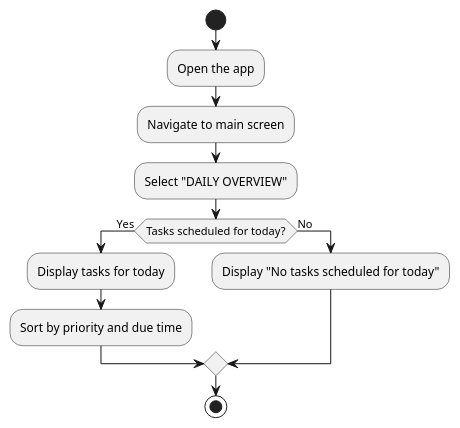
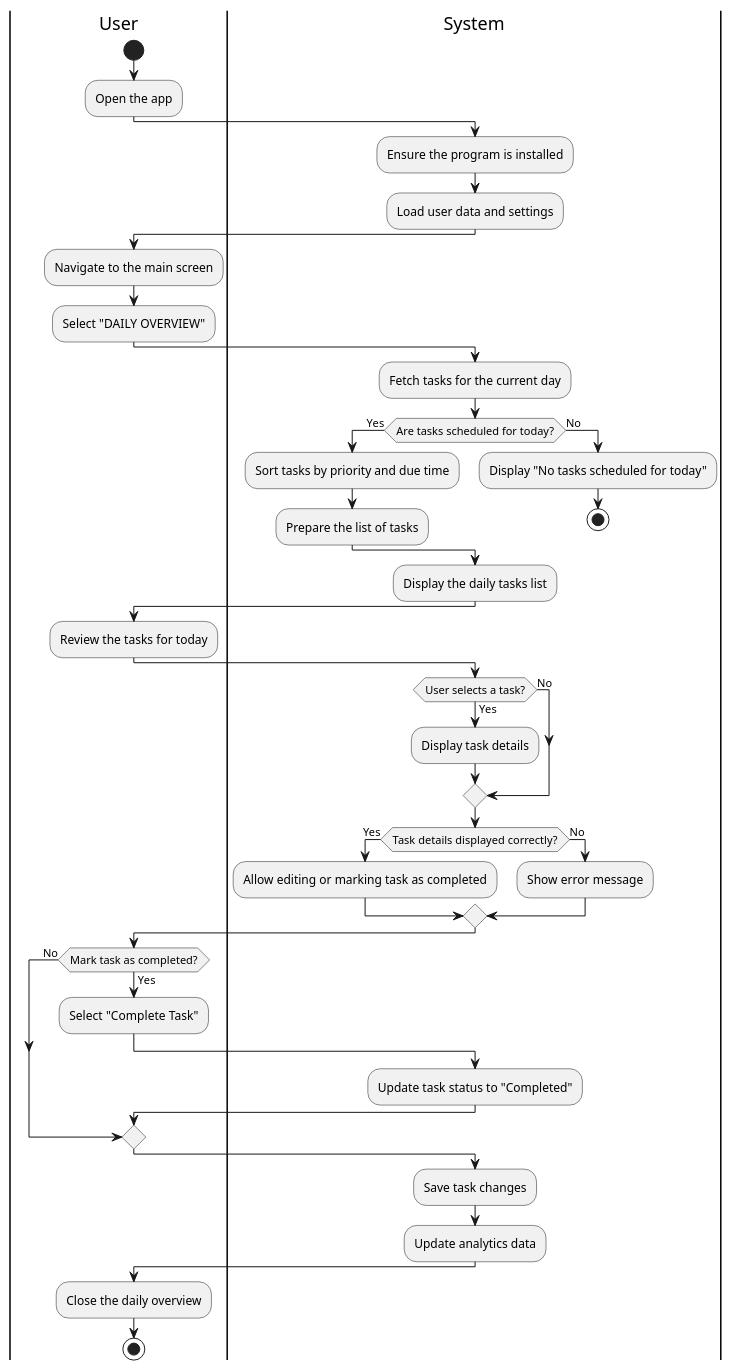
Before and after one commit to CS361-2024Fall-Term/Innovators: the diagram in assignment7/daily-overview.puml, drawn with PlantUML. The commit also changed other lines of this file, not shown here.

```diff
--- a/assignment7/daily-overview.puml
+++ b/assignment7/daily-overview.puml
@@ -1,16 +1,57 @@
 @startuml Daily_Overview
+|User|
 start
+:Open the app;
 
-:Open the app;
-:Navigate to main screen;
+|System|
+:Ensure the program is installed;
+:Load user data and settings;
+
+|User|
+:Navigate to the main screen;
 :Select "DAILY OVERVIEW";
 
-if (Tasks scheduled for today?) then (Yes)
-  :Display tasks for today;
-  :Sort by priority and due time;
+|System|
+:Fetch tasks for the current day;
+if (Are tasks scheduled for today?) then (Yes)
+  :Sort tasks by priority and due time;
+  :Prepare the list of tasks;
 else (No)
   :Display "No tasks scheduled for today";
+  stop
 endif
+
+:Display the daily tasks list;
+
+|User|
+:Review the tasks for today;
+
+|System|
+if (User selects a task?) then (Yes)
+  :Display task details;
+else (No)
+endif
+
+if (Task details displayed correctly?) then (Yes)
+  :Allow editing or marking task as completed;
+else (No)
+  :Show error message;
+endif
+
+|User|
+if (Mark task as completed?) then (Yes)
+  :Select "Complete Task";
+  |System|
+  :Update task status to "Completed";
+else (No)
+endif
+
+|System|
+:Save task changes;
+:Update analytics data;
+
+|User|
+:Close the daily overview;
 
 stop
 @enduml
```
